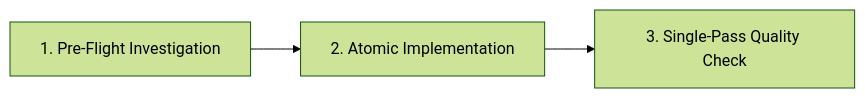
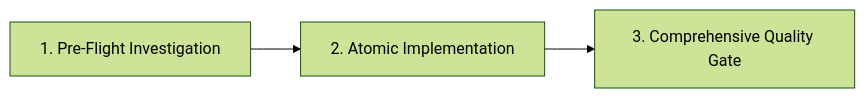
Before and after one commit to kemal-ofcs/project-school-new: the diagram in .agents/GEMINI.md, drawn with Mermaid (forest theme). The commit also changed other lines of this file and 27 other files, not shown here.

````diff
--- a/.agents/GEMINI.md
+++ b/.agents/GEMINI.md
@@ -247,5 +274,5 @@
 ```mermaid
 flowchart LR
     A[1. Pre-Flight Investigation] --> B[2. Atomic Implementation]
-    B --> C[3. Single-Pass Quality Check]
+    B --> C[3. Comprehensive Quality Gate]
 ```
````
